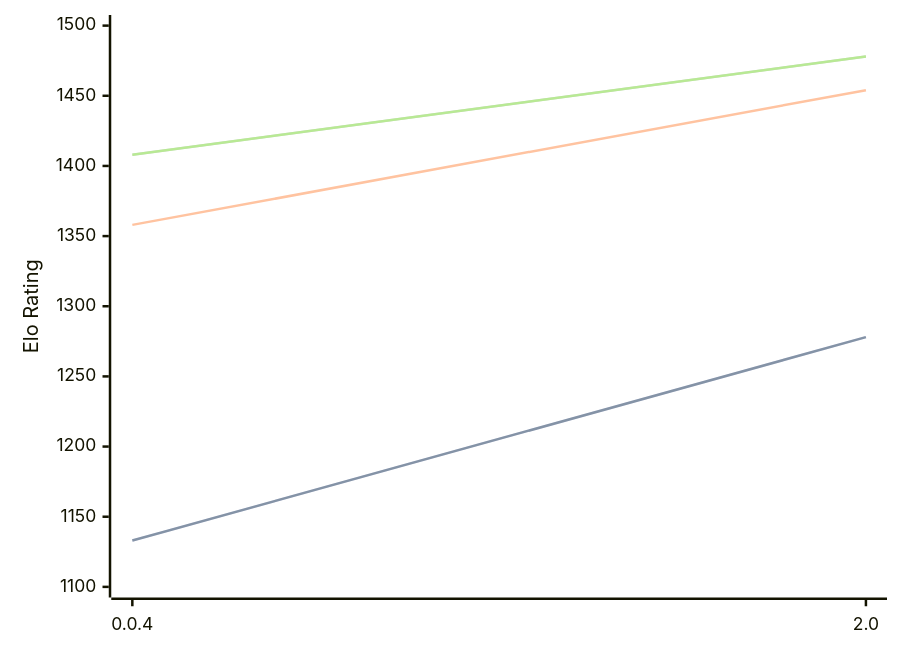
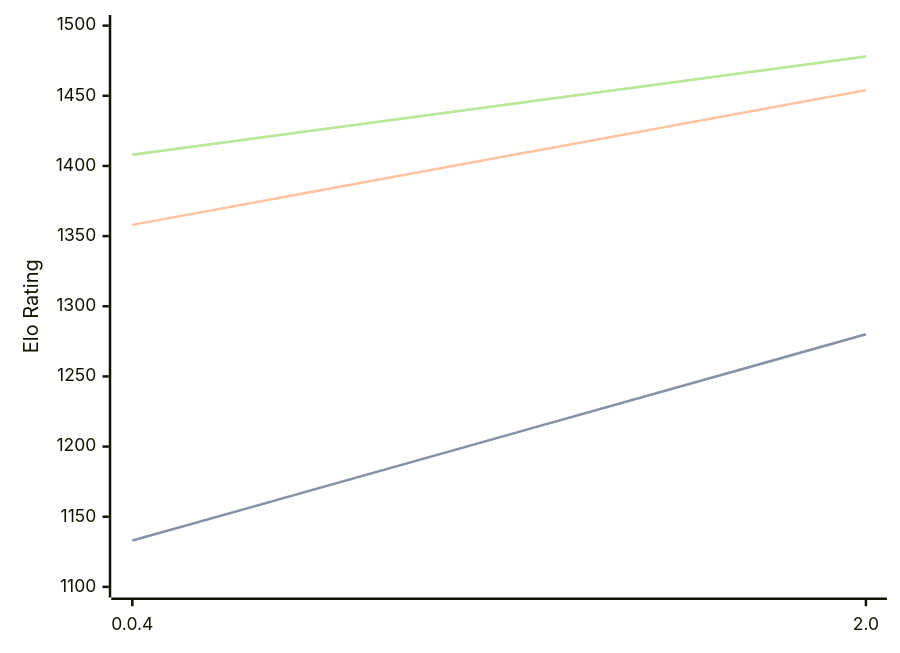
The diagram in engines/Oops!Mate.md (computer-chess-index/cci), drawn with Mermaid before and after one commit. The commit also changed other lines of this file, not shown here.

````diff
--- a/engines/Oops!Mate.md
+++ b/engines/Oops!Mate.md
@@ -33,11 +33,11 @@
 ```mermaid
 %%{init: {"theme":"base","themeVariables":{"seriesColors:['#a3a3a3','#222221','#faa371']}}}%%
 xychart-beta
   x-axis ["0.0.4", "2.0"]
   y-axis "Elo Rating" 1100 --> 1500
-  line "STC (8.0+0.08s)" [1133, 1278]
-  line "STC (8.0+0.08s)" [1133, 1278]
+  line "STC (8.0+0.08s)" [1133, 1280]
+  line "STC (8.0+0.08s)" [1133, 1280]
   line "LTC (60.0+0.60s)" [1358, 1454]
   line "VLTC (2m24s+1.12s)" [1408, 1478]
   line "VLTC (2m24s+1.12s)" [1408, 1478]
 ```
````
